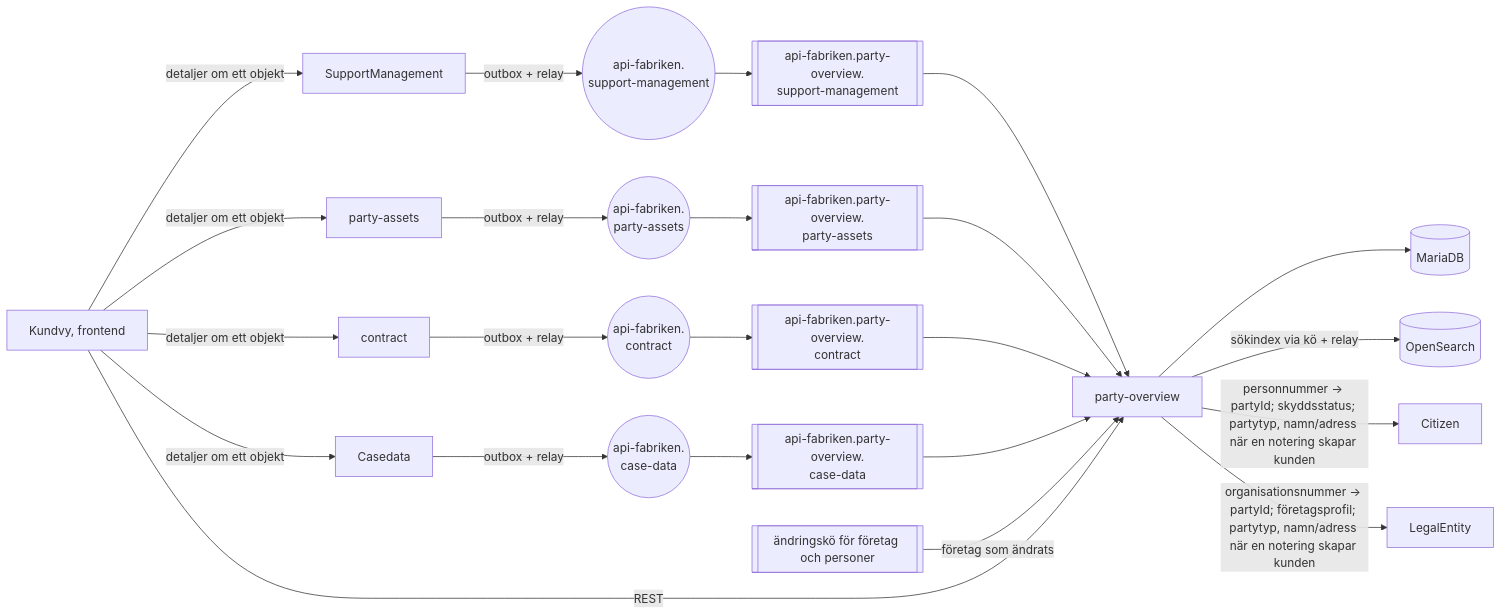
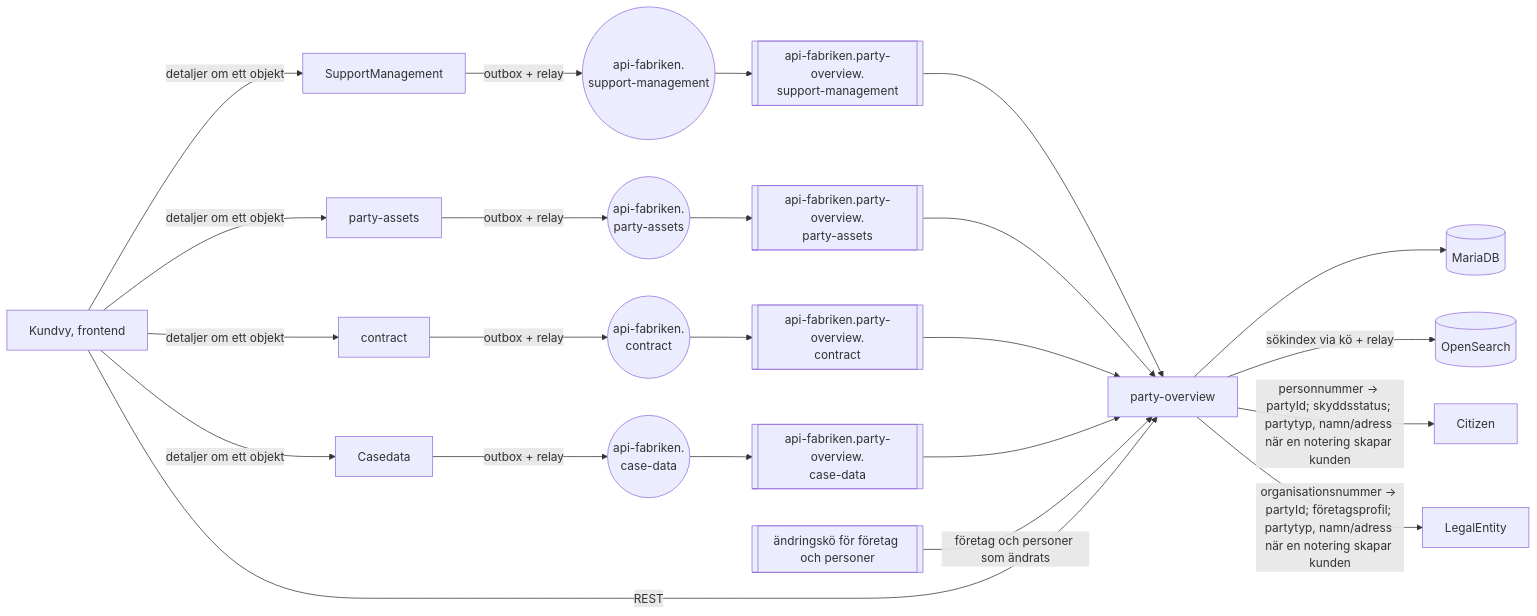
Before and after one commit to Sundsvallskommun/api-service-party-overview: the diagram in docs/arkitektur/01-oversikt.md, drawn with Mermaid. The commit also changed other lines of this file and 10 other files, not shown here.

First line of the commit message:
Fix defects found in an architect and a developer review

````diff
--- a/docs/arkitektur/01-oversikt.md
+++ b/docs/arkitektur/01-oversikt.md
@@ -5,25 +5,25 @@
 ```mermaid
 flowchart LR
     SM[SupportManagement] -->|outbox + relay| EXSM((api-fabriken.<br/>support-management))
     PA[party-assets] -->|outbox + relay| EXPA((api-fabriken.<br/>party-assets))
     CT[contract] -->|outbox + relay| EXCT((api-fabriken.<br/>contract))
     CD[Casedata] -->|outbox + relay| EXCD((api-fabriken.<br/>case-data))
     EXSM --> QSM[[api-fabriken.party-overview.<br/>support-management]]
     EXPA --> QPA[[api-fabriken.party-overview.<br/>party-assets]]
     EXCT --> QCT[[api-fabriken.party-overview.<br/>contract]]
     EXCD --> QCD[[api-fabriken.party-overview.<br/>case-data]]
     QSM --> PO[party-overview]
     QPA --> PO
     QCT --> PO
     QCD --> PO
-    QREG[[ändringskö för företag och personer]] -->|företag som ändrats| PO
+    QREG[[ändringskö för företag och personer]] -->|företag och personer som ändrats| PO
     PO --> DB[(MariaDB)]
     PO -->|sökindex via kö + relay| OS[(OpenSearch)]
     PO -->|personnummer → partyId; skyddsstatus; partytyp, namn/adress när en notering skapar kunden| CIT[Citizen]
     PO -->|organisationsnummer → partyId; företagsprofil; partytyp, namn/adress när en notering skapar kunden| LE[LegalEntity]
     FE[Kundvy, frontend] -->|REST| PO
     FE -->|detaljer om ett objekt| SM
     FE -->|detaljer om ett objekt| PA
     FE -->|detaljer om ett objekt| CT
     FE -->|detaljer om ett objekt| CD
 ```
````
